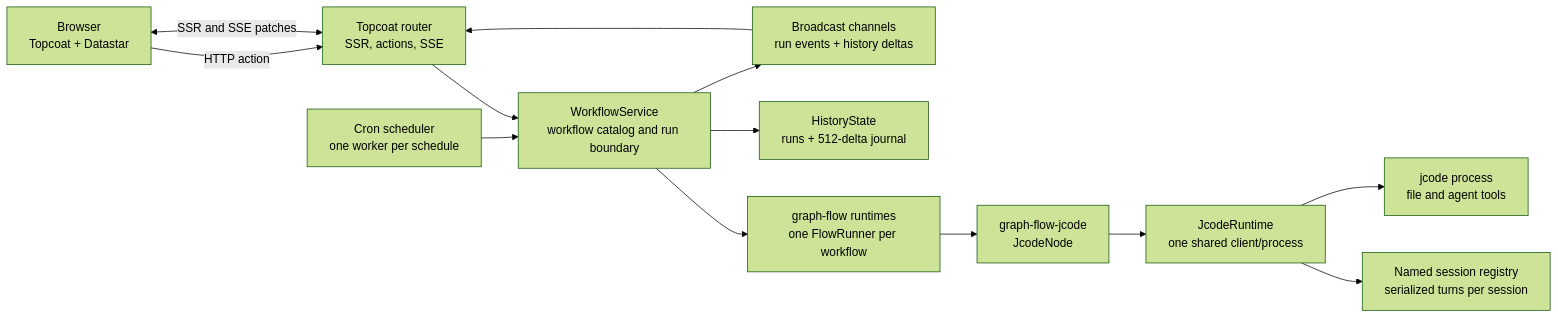
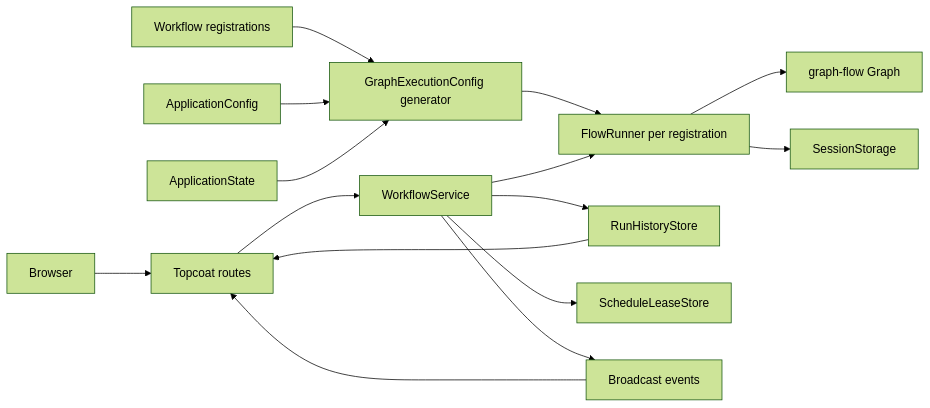
One commit to totto2727-org/flowdeck changed the first of 2 diagrams in docs/architecture.md. Above: the diagram before and after it, drawn with Mermaid (forest theme). The commit also changed other lines of this file and 6 other files, not shown here.

First line of the commit message:
docs(architecture): separate console and jcode ownership

````diff
--- a/docs/architecture.md
+++ b/docs/architecture.md
@@ -25,27 +18,17 @@
 ```mermaid
 flowchart LR
-    Browser["Browser\nTopcoat + Datastar"]
-    Router["Topcoat router\nSSR, actions, SSE"]
-    Service["WorkflowService\nworkflow catalog and run boundary"]
-    Scheduler["Cron scheduler\none worker per schedule"]
-    Runners["graph-flow runtimes\none FlowRunner per workflow"]
-    History["HistoryState\nruns + 512-delta journal"]
-    Events["Broadcast channels\nrun events + history deltas"]
-    JcodeNode["graph-flow-jcode\nJcodeNode"]
-    JcodeRuntime["JcodeRuntime\none shared client/process"]
-    Sessions["Named session registry\nserialized turns per session"]
-    Jcode["jcode process\nfile and agent tools"]
-
-    Browser -->|HTTP action| Router
-    Router --> Service
-    Router <-->|SSR and SSE patches| Browser
-    Scheduler --> Service
-    Service --> Runners
-    Service --> History
-    Service --> Events
-    Runners --> JcodeNode
-    JcodeNode --> JcodeRuntime
-    JcodeRuntime --> Sessions
-    JcodeRuntime --> Jcode
-    Events --> Router
+    Browser["Browser"] --> HTTP["Topcoat routes"]
+    HTTP --> Service["WorkflowService"]
+    Catalog["Workflow registrations"] --> Config["GraphExecutionConfig generator"]
+    AppConfig["ApplicationConfig"] --> Config
+    State["ApplicationState"] --> Config
+    Config --> Runner["FlowRunner per registration"]
+    Service --> Runner
+    Runner --> Graph["graph-flow Graph"]
+    Runner --> Sessions["SessionStorage"]
+    Service --> History["RunHistoryStore"]
+    Service --> Leases["ScheduleLeaseStore"]
+    Service --> Events["Broadcast events"]
+    Events --> HTTP
+    History --> HTTP
 ```
````
